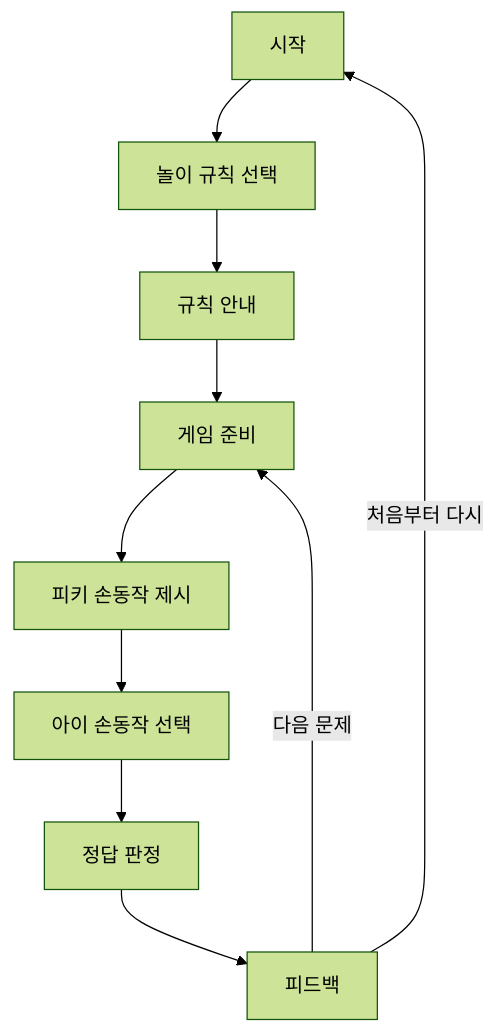
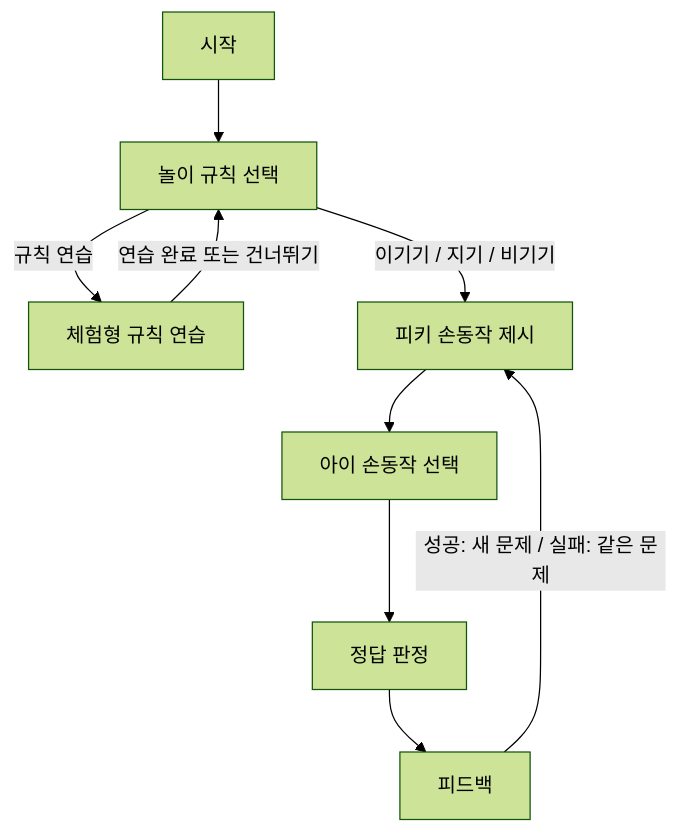
Before and after one commit to t01046769857-creator/PIKIPICK: the diagram in frontend/docs/USER_FLOW.md, drawn with Mermaid (forest theme). The commit also changed other lines of this file and 62 other files, not shown here.

````diff
--- a/frontend/docs/USER_FLOW.md
+++ b/frontend/docs/USER_FLOW.md
@@ -21,12 +21,11 @@
 ```mermaid
 flowchart TD
   A[시작] --> B[놀이 규칙 선택]
-  B --> C[규칙 안내]
-  C --> D[게임 준비]
-  D --> E[피키 손동작 제시]
+  B -->|규칙 연습| C[체험형 규칙 연습]
+  C -->|연습 완료 또는 건너뛰기| B
+  B -->|이기기 / 지기 / 비기기| E[피키 손동작 제시]
   E --> F[아이 손동작 선택]
   F --> G[정답 판정]
   G --> H[피드백]
-  H -->|다음 문제| D
-  H -->|처음부터 다시| A
+  H -->|성공: 새 문제 / 실패: 같은 문제| E
 ```
````
